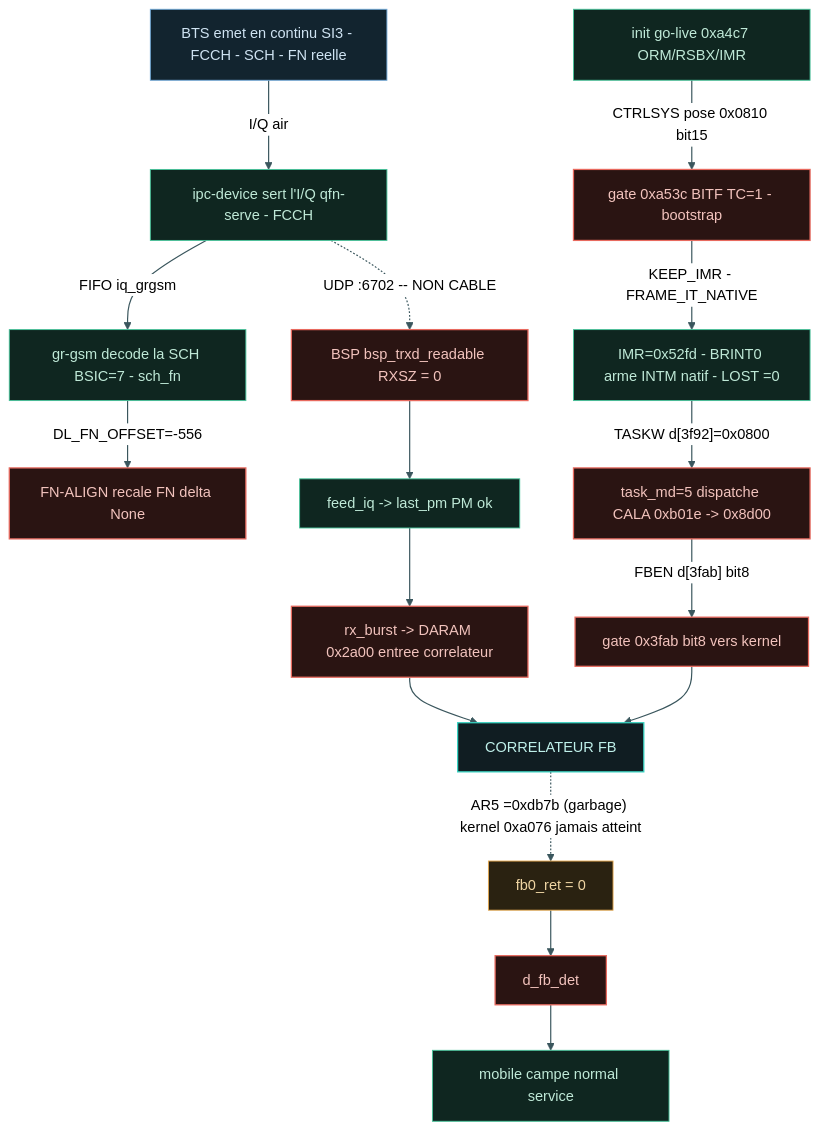
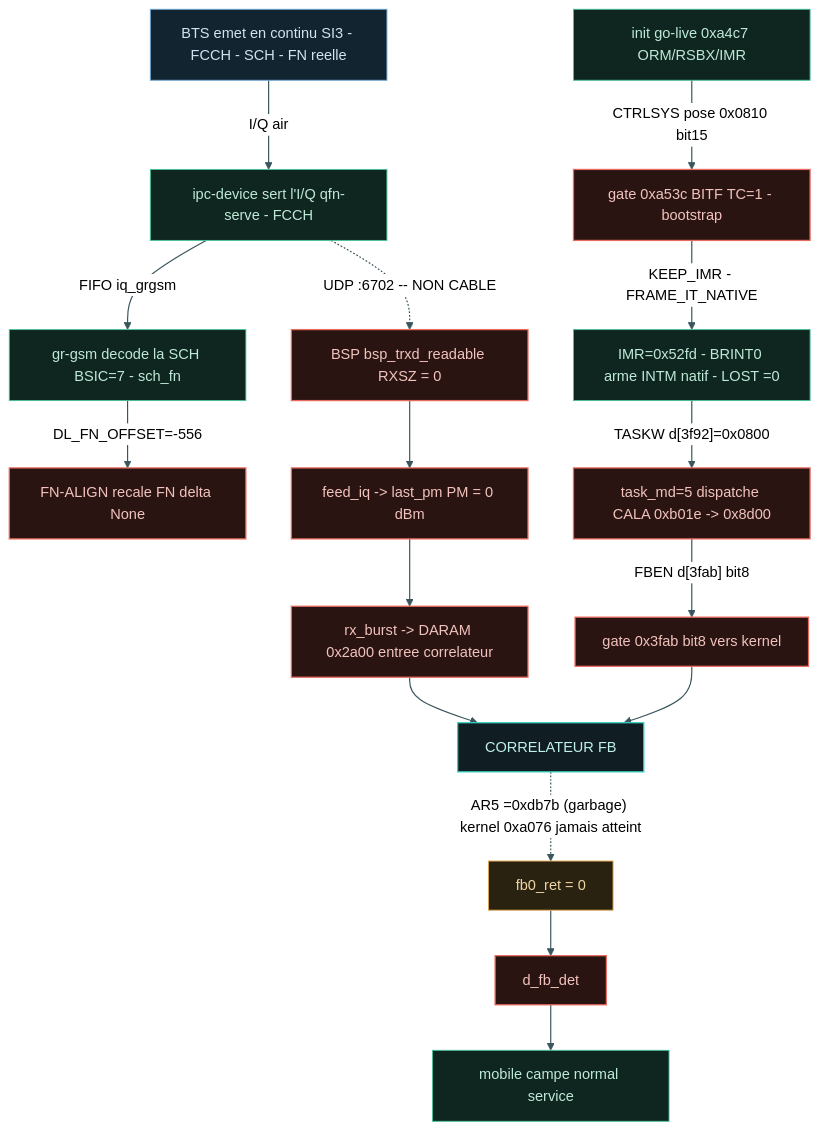
The diagram in pytest/reseau/rapport.md (bbaranoff/tests), drawn with Mermaid (neutral theme) before and after one commit. The commit also changed other lines of this file and 129 other files, not shown here.

````diff
--- a/pytest/reseau/rapport.md
+++ b/pytest/reseau/rapport.md
@@ -32,30 +32,30 @@
 ```mermaid
 flowchart TD
   classDef src  fill:#12242f,stroke:#6ea8d8,stroke-width:1px,color:#cfe3f2;
   classDef ok   fill:#0f2620,stroke:#46c39a,stroke-width:1px,color:#bfe9d7;
   classDef wip  fill:#2a2211,stroke:#e6a94e,stroke-width:1px,color:#f0d6a4;
   classDef bad  fill:#2a1412,stroke:#e86a5f,stroke-width:1.4px,color:#f2c3bd;
   classDef join fill:#101d22,stroke:#38d3c2,stroke-width:1.4px,color:#bff0ea;
 
   E0["BTS emet en continu SI3 - FCCH - SCH - FN reelle"]:::src
   E0 -->|I/Q air| P1["ipc-device sert l'I/Q qfn-serve - FCCH"]:::ok
   P1 -->|FIFO iq_grgsm| G1["gr-gsm decode la SCH BSIC=7 - sch_fn"]:::ok
   G1 -->|"DL_FN_OFFSET=-556"| F1["FN-ALIGN recale FN delta None"]:::bad
   P1 -. "UDP :6702 -- NON CABLE" .-> B1["BSP bsp_trxd_readable RXSZ = 0"]:::bad
-  B1 --> B2["feed_iq -> last_pm PM ok"]:::ok
+  B1 --> B2["feed_iq -> last_pm PM = 0 dBm"]:::bad
   B2 --> B3["rx_burst -> DARAM 0x2a00 entree correlateur"]:::bad
 
   A0["init go-live 0xa4c7 ORM/RSBX/IMR"]:::ok
   A0 -->|"CTRLSYS pose 0x0810 bit15"| A1["gate 0xa53c BITF TC=1 - bootstrap"]:::bad
   A1 -->|"KEEP_IMR - FRAME_IT_NATIVE"| A2["IMR=0x52fd - BRINT0 arme INTM natif - LOST =0"]:::ok
   A2 -->|"TASKW d[3f92]=0x0800"| A3["task_md=5 dispatche CALA 0xb01e -> 0x8d00"]:::bad
   A3 -->|"FBEN d[3fab] bit8"| A4["gate 0x3fab bit8 vers kernel"]:::bad
 
   B3 --> K["CORRELATEUR FB"]:::join
   A4 --> K
   K -. "AR5 =0xdb7b (garbage) kernel 0xa076 jamais atteint" .-> KB["fb0_ret = 0"]:::wip
   KB --> D["d_fb_det"]:::bad
   D --> Mn["mobile campe normal service"]:::ok
 
   linkStyle default stroke:#3a565d,stroke-width:1.3px;
 ```
````
